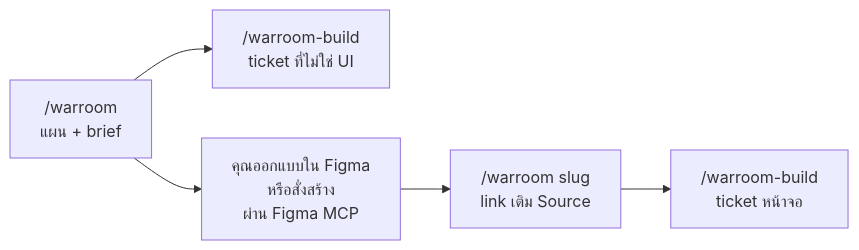
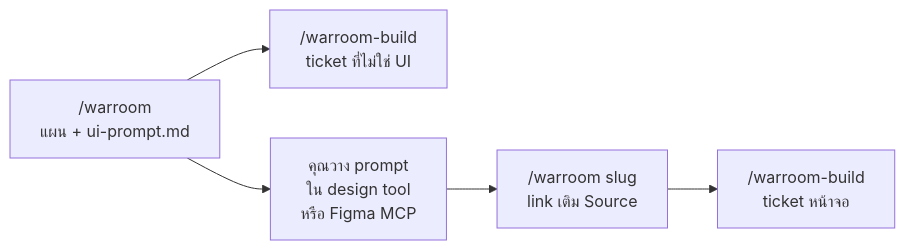
Before and after one commit to mousemouse094526/kiki-kit: the third of 7 diagrams in docs/flow.th.md, drawn with Mermaid. The commit also changed other lines of this file and 11 other files, not shown here.

First line of the commit message:
feat(warroom): design prompts for screens not designed yet

````diff
--- a/docs/flow.th.md
+++ b/docs/flow.th.md
@@ -82,11 +84,11 @@
 ```mermaid
 flowchart LR
-    P["/warroom<br/>แผน + brief"]
+    P["/warroom<br/>แผน + ui-prompt.md"]
     API["/warroom-build<br/>ticket ที่ไม่ใช่ UI"]
-    D["คุณออกแบบใน Figma<br/>หรือสั่งสร้าง<br/>ผ่าน Figma MCP"]
+    D["คุณวาง prompt<br/>ใน design tool<br/>หรือ Figma MCP"]
     L["/warroom slug<br/>link เติม Source"]
     UI["/warroom-build<br/>ticket หน้าจอ"]
 
     P --> API
     P --> D --> L --> UI
 ```
````
